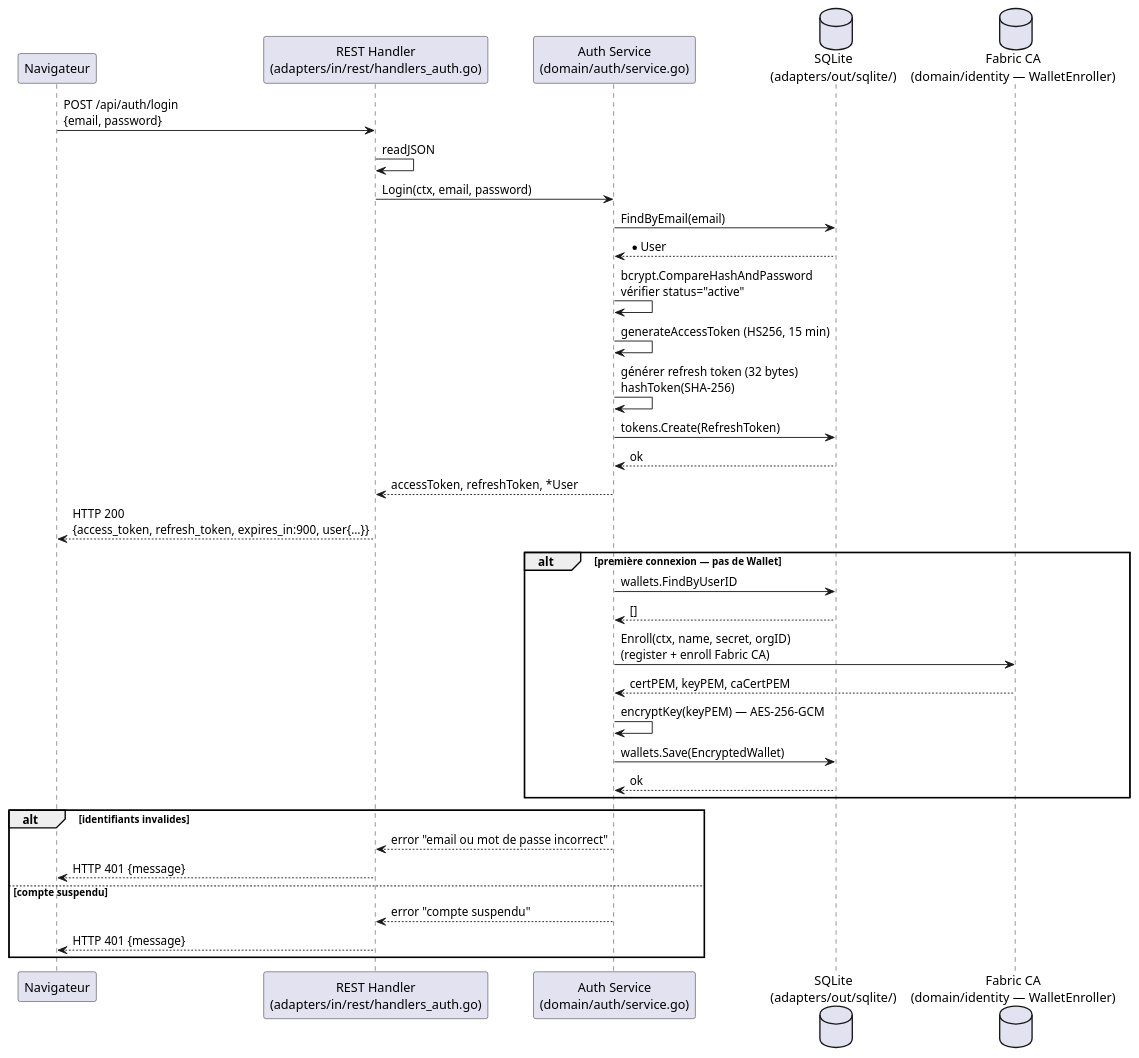
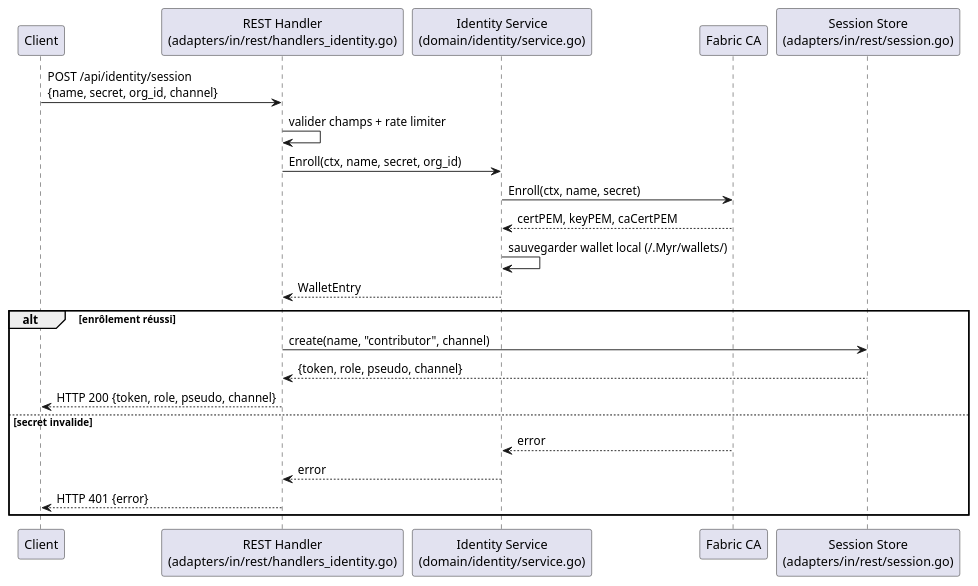
One commit to olivaux/myr changed the second of 2 diagrams in specs/2-Analyse/UCA-Compte_et_Acces/UCA02.md. Above: the diagram before and after it, drawn with PlantUML. The commit also changed other lines of this file and 72 other files, not shown here.

````diff
--- a/specs/2-Analyse/UCA-Compte_et_Acces/UCA02.md
+++ b/specs/2-Analyse/UCA-Compte_et_Acces/UCA02.md
@@ -114,40 +94,27 @@
 ```plantuml
 @startuml
-participant "Navigateur" as Browser
-participant "REST Handler\n(adapters/in/rest/handlers_auth.go)" as REST
-participant "Auth Service\n(domain/auth/service.go)" as Service
-database "SQLite\n(adapters/out/sqlite/)" as SQLite
-database "Fabric CA\n(domain/identity — WalletEnroller)" as FabricCA
+participant "Client" as Client
+participant "REST Handler\n(adapters/in/rest/handlers_identity.go)" as REST
+participant "Identity Service\n(domain/identity/service.go)" as Service
+participant "Fabric CA" as CA
+participant "Session Store\n(adapters/in/rest/session.go)" as Sessions
 
-Browser -> REST : POST /api/auth/login\n{email, password}
-REST -> REST : readJSON
-REST -> Service : Login(ctx, email, password)
-Service -> SQLite : FindByEmail(email)
-SQLite --> Service : *User
-Service -> Service : bcrypt.CompareHashAndPassword\nvérifier status="active"
-Service -> Service : generateAccessToken (HS256, 15 min)
-Service -> Service : générer refresh token (32 bytes)\nhashToken(SHA-256)
-Service -> SQLite : tokens.Create(RefreshToken)
-SQLite --> Service : ok
-Service --> REST : accessToken, refreshToken, *User
-REST --> Browser : HTTP 200\n{access_token, refresh_token, expires_in:900, user{…}}
+Client -> REST : POST /api/identity/session\n{name, secret, org_id, channel}
+REST -> REST : valider champs + rate limiter
+REST -> Service : Enroll(ctx, name, secret, org_id)
+Service -> CA : Enroll(ctx, name, secret)
+CA --> Service : certPEM, keyPEM, caCertPEM
+Service -> Service : sauvegarder wallet local (~/.Myr/wallets/)
+Service --> REST : WalletEntry
 
-alt première connexion — pas de Wallet
-  Service -> SQLite : wallets.FindByUserID
-  SQLite --> Service : []
-  Service -> FabricCA : Enroll(ctx, name, secret, orgID)\n(register + enroll Fabric CA)
-  FabricCA --> Service : certPEM, keyPEM, caCertPEM
-  Service -> Service : encryptKey(keyPEM) — AES-256-GCM
-  Service -> SQLite : wallets.Save(EncryptedWallet)
-  SQLite --> Service : ok
-end
-
-alt identifiants invalides
-  Service --> REST : error "email ou mot de passe incorrect"
-  REST --> Browser : HTTP 401 {message}
-else compte suspendu
-  Service --> REST : error "compte suspendu"
-  REST --> Browser : HTTP 401 {message}
+alt enrôlement réussi
+    REST -> Sessions : create(name, "contributor", channel)
+    Sessions --> REST : {token, role, pseudo, channel}
+    REST --> Client : HTTP 200 {token, role, pseudo, channel}
+else secret invalide
+    CA --> Service : error
+    Service --> REST : error
+    REST --> Client : HTTP 401 {error}
 end
 @enduml
 ```
````
